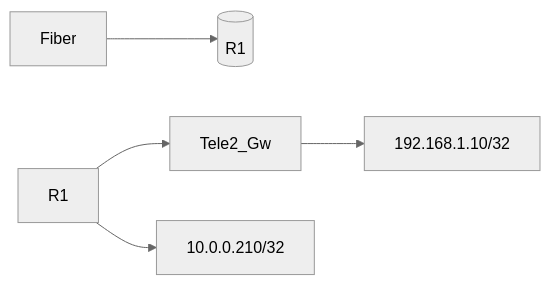
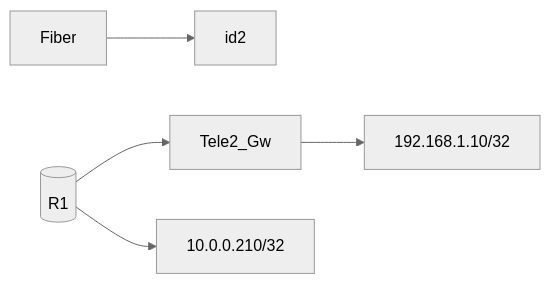
The second of 2 diagrams in Topology.md (notkasim/DOCS), drawn with Mermaid (neutral theme) before and after one commit.

````diff
--- a/Topology.md
+++ b/Topology.md
@@ -20,8 +20,8 @@
 ```mermaid
 graph LR;
-    id2[(R1)]
+    id3[(R1)]
     Fiber-->id2;
-    R1-->Tele2_Gw;
-    R1-->10.0.0.210/32;
-    Tele2_Gw-->192.168.1.10/32;
+    id3-->Tele2_Gw
+    id3-->10.0.0.210/32
+    Tele2_Gw-->192.168.1.10/32
 ```
````
